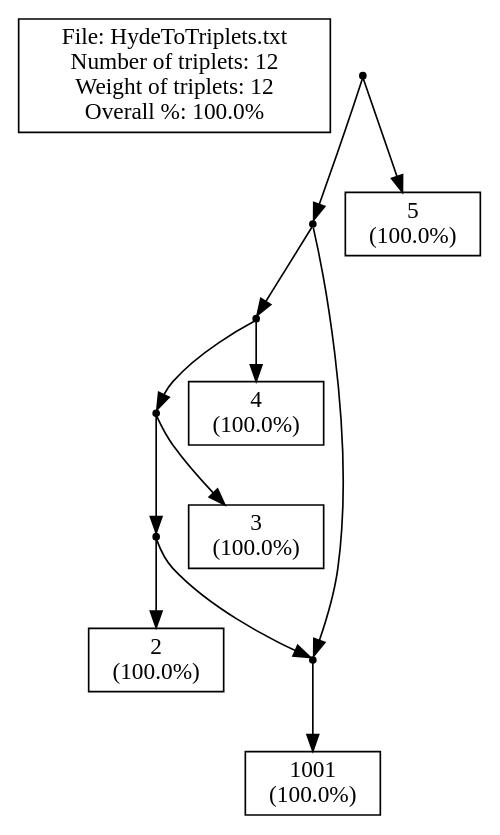
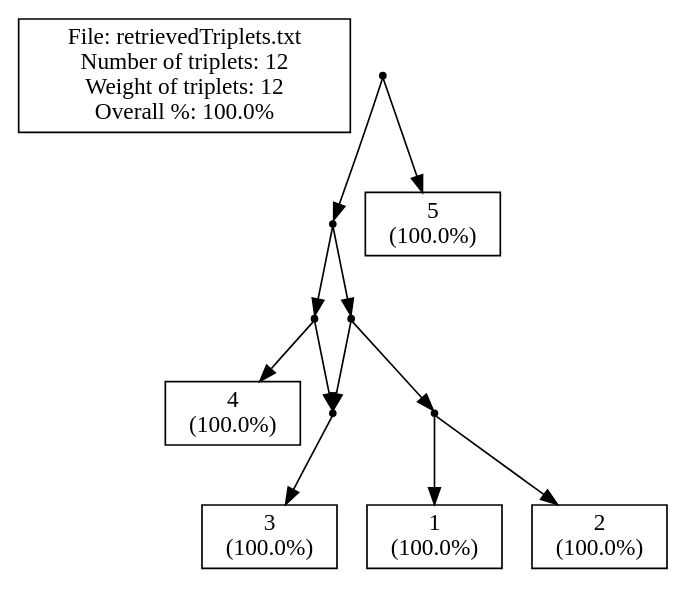
One commit to iharnoor/PhylogeneticsWebsite changed the diagram in ParsingTxt/Launcher/cExample1.dot. Above: the diagram before and after it, drawn with Graphviz. The commit also changed 5 other files, not shown here.

```diff
--- a/ParsingTxt/Launcher/cExample1.dot
+++ b/ParsingTxt/Launcher/cExample1.dot
@@ -1,51 +1,51 @@
 // LEV1ATHAN Version 1.0, 21 september 2009
 // COMMENT: Pre-processing the input file to count the leaves
 // COMMENT: Pre-processing showed that there are 5 leaves in the input.
 // SUMMARY: Input had 5 leaves.
 // USER-SETTING: Will *not* post-process output to collapse edges.
 // COMMENT: Triplet set is already dense.
 // SUMMARY: There are 12 triplets in the input.
 // SUMMARY: Total weight of input triplets is 12.
 // COMMENT: We achieved non-trivial local perfection.
 // SUMMARY: (Before post-processing)
 // SUMMARY: We got 12 units of triplet weight, that's 100.0% of total weight.
 // SUMMARY: In total 0 units of triplet weight were -not- consistent with the ouput network.
-// SUMMARY: Output network contained 1 triplets -not- in the original input.
-// SUMMARY: The symmetric difference is thus 0 + (1 * 1) = 1
+// SUMMARY: Output network contained 0 triplets -not- in the original input.
+// SUMMARY: The symmetric difference is thus 0 + (1 * 0) = 0
 // SUMMARY: (After post-processing)
 strict digraph G1 {
 edge [fontsize=8]
-labelbox [shape=box, width=0.4, label="File: HydeToTriplets.txt\nNumber of triplets: 12\nWeight of triplets: 12\nOverall %: 100.0%"];
+labelbox [shape=box, width=0.4, label="File: retrievedTriplets.txt\nNumber of triplets: 12\nWeight of triplets: 12\nOverall %: 100.0%"];
 1000 [shape=point];
 1001 [shape=point];
 1002 [shape=point];
 1003 [shape=point];
-1004 [shape=point];
-1005 [shape=point];
-2 [shape=box, width=0.3, label="1001\n(100.0%)"];
-1 [shape=box, width=0.3, label="2\n(100.0%)"];
 3 [shape=box, width=0.3, label="3\n(100.0%)"];
 4 [shape=box, width=0.3, label="4\n(100.0%)"];
+1006 [shape=point];
+1007 [shape=point];
+1 [shape=box, width=0.3, label="1\n(100.0%)"];
+2 [shape=box, width=0.3, label="2\n(100.0%)"];
 5 [shape=box, width=0.3, label="5\n(100.0%)"];
 1000 -> 1001
 1000 -> 5
 1001 -> 1002
-1001 -> 1005
+1001 -> 1006
 1002 -> 1003
 1002 -> 4
-1003 -> 1004
 1003 -> 3
-1004 -> 1005
-1004 -> 1
-1005 -> 2
-1005 -> 2
+1006 -> 1007
+1006 -> 1003
+1007 -> 1
+1007 -> 2
+1003 -> 3
 }
-// SUMMARY: eNewick output: ((((((1001)#H1,2),3),4),#H1),5);
+// SUMMARY: eNewick output: ((((3)#H1,4),((1,2),#H1)),5);
 // SUMMARY: In total 0 units of triplet weight were -not- consistent with the ouput network.
-// SUMMARY: Output network contained 1 triplets -not- in the original input.
+// SUMMARY: Output network contained 0 triplets -not- in the original input.
 // SUMMARY: Weight of missing triplets before contraction minus weight of missing triplets afterwards: 0
 // SUMMARY: Number of surplus triplets before contraction minus number of surplus triplets afterwards: 0
 // CONCLUSION: After post-processing we got 12 units of triplet weight, that's 100.0% of total weight (before post-processing this was 100.0%).
-// CONCLUSION: After post-processing the symmetric difference is thus 0 + (1 * 1) = 1 (before post-processing this was 1)
+// CONCLUSION: After post-processing the symmetric difference is thus 0 + (1 * 0) = 0 (before post-processing this was 0)
 // STAT: PERCENTAGE = 100.0
-// STAT: NETWORK-TRIPLET SD = 1
+// STAT: NETWORK-TRIPLET SD = 0
```
